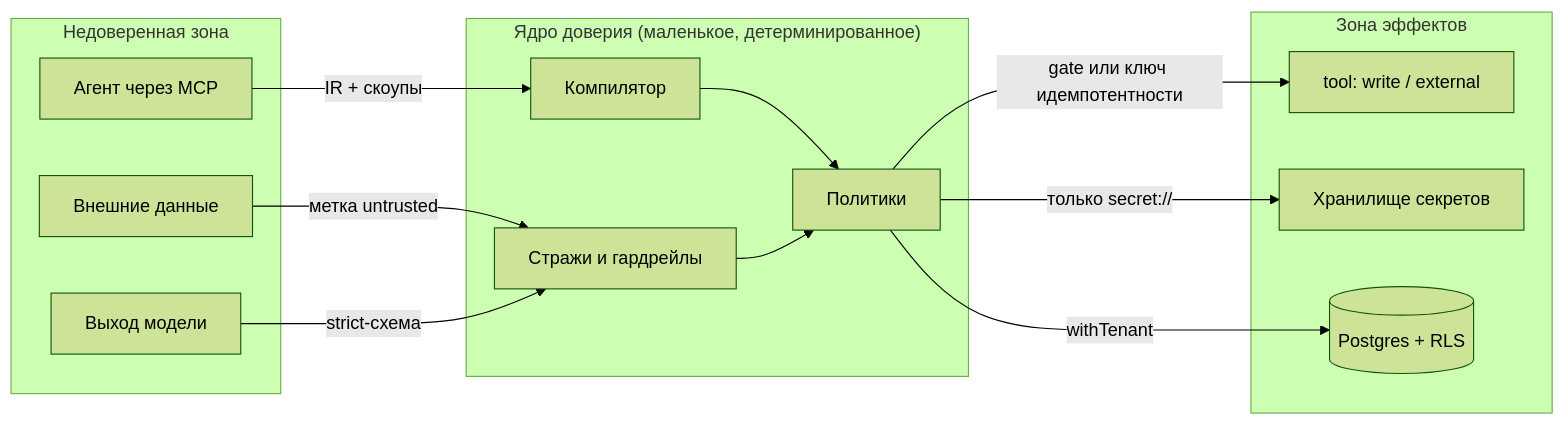
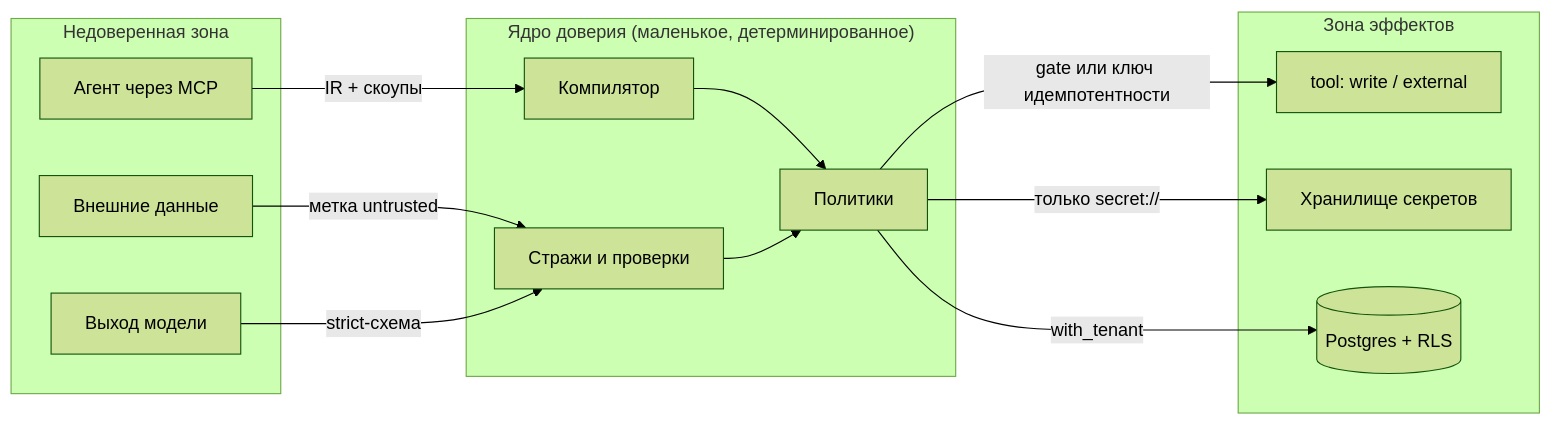
The first of 2 diagrams in docs/19-security-and-policies.md (lastonoga/AQVEN), drawn with Mermaid (forest theme) before and after one commit. The commit also changed other lines of this file and 476 other files, not shown here.

````diff
--- a/docs/19-security-and-policies.md
+++ b/docs/19-security-and-policies.md
@@ -48,26 +52,26 @@
 ```mermaid
 flowchart LR
   subgraph untrusted["Недоверенная зона"]
     WEB[Внешние данные]
     LLM[Выход модели]
     AG[Агент через MCP]
   end
   subgraph core["Ядро доверия (маленькое, детерминированное)"]
     COMP[Компилятор]
-    GUARD[Стражи и гардрейлы]
+    GUARD[Стражи и проверки]
     POL[Политики]
   end
   subgraph effect["Зона эффектов"]
     TOOLW[tool: write / external]
     SEC[Хранилище секретов]
     DB[(Postgres + RLS)]
   end
   WEB -->|"метка untrusted"| GUARD
   LLM -->|"strict-схема"| GUARD
   AG -->|"IR + скоупы"| COMP
   COMP --> POL
   GUARD --> POL
   POL -->|"gate или ключ идемпотентности"| TOOLW
   POL -->|"только secret://"| SEC
-  POL -->|"withTenant"| DB
+  POL -->|"with_tenant"| DB
 ```
````
